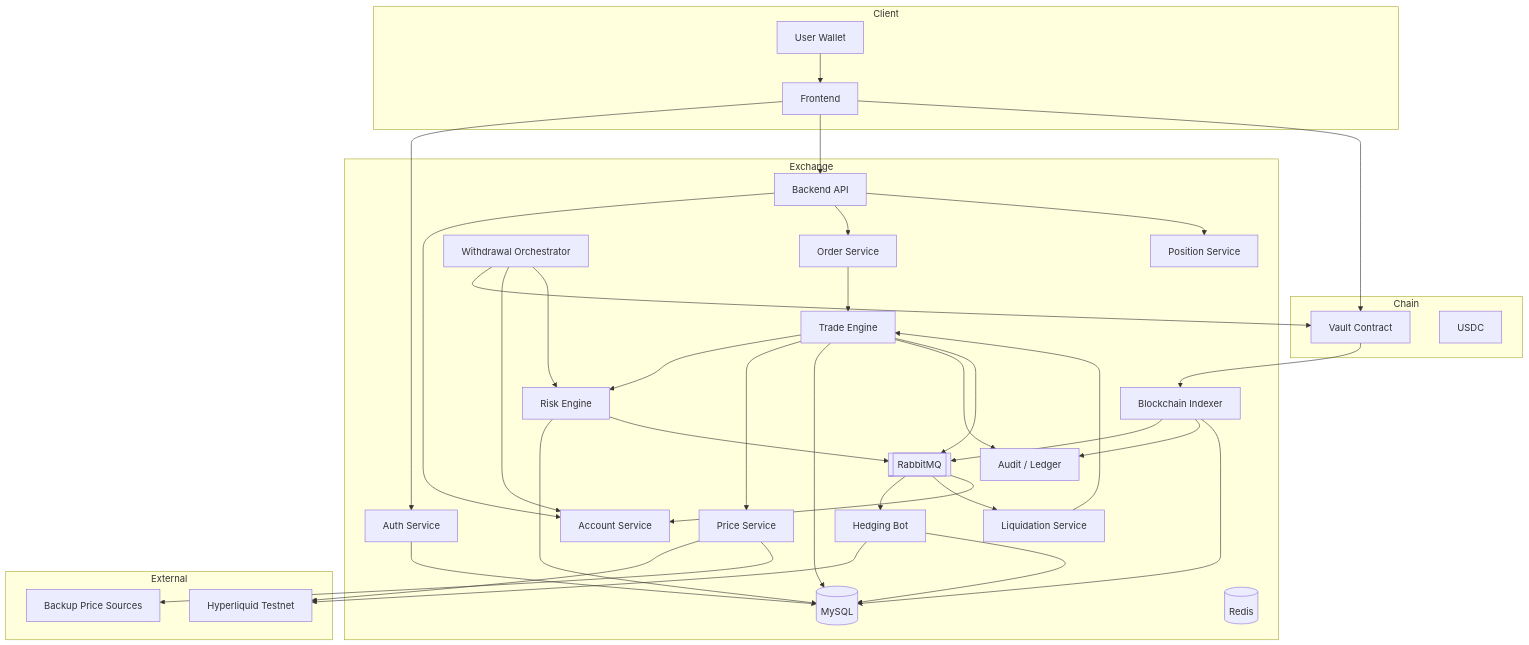
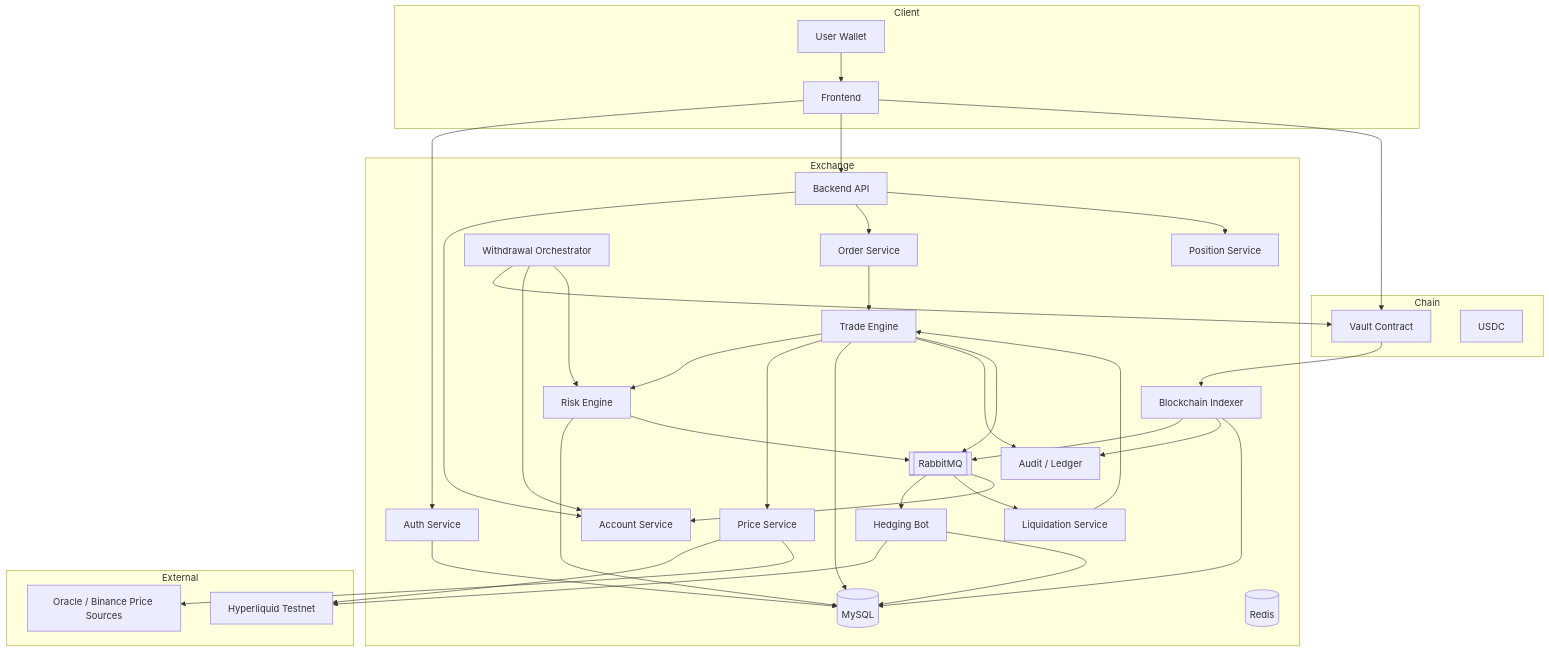
One commit to AboAuther/RGPerp changed the first of 8 diagrams in Architecture.md. Above: the diagram before and after it, drawn with Mermaid. The commit also changed other lines of this file and 18 other files, not shown here.

````diff
--- a/Architecture.md
+++ b/Architecture.md
@@ -16,76 +16,76 @@
 ```mermaid
 flowchart TD
     subgraph Client
         U[User Wallet]
         FE[Frontend]
     end
 
     subgraph Exchange
         API[Backend API]
         AUTH[Auth Service]
         ACC[Account Service]
         ORD[Order Service]
         POS[Position Service]
         ENG[Trade Engine]
         RISK[Risk Engine]
         LIQ[Liquidation Service]
         PRICE[Price Service]
         HEDGE[Hedging Bot]
         IDX[Blockchain Indexer]
         WD[Withdrawal Orchestrator]
         AUDIT[Audit / Ledger]
         MQ[[RabbitMQ]]
         DB[(MySQL)]
         REDIS[(Redis)]
     end
 
     subgraph Chain
         VAULT[Vault Contract]
         USDC[USDC]
     end
 
     subgraph External
         HL[Hyperliquid Testnet]
-        ORACLE[Backup Price Sources]
+        ORACLE[Oracle / Binance Price Sources]
     end
 
     U --> FE
     FE --> AUTH
     FE --> API
     FE --> VAULT
 
     AUTH --> DB
     API --> ACC
     API --> ORD
     API --> POS
 
     ORD --> ENG
     ENG --> RISK
     ENG --> PRICE
     ENG --> DB
     ENG --> AUDIT
     ENG --> MQ
 
     MQ --> HEDGE
     MQ --> LIQ
 
     RISK --> DB
     RISK --> MQ
     LIQ --> ENG
 
     VAULT --> IDX
     IDX --> MQ
     MQ --> ACC
     IDX --> AUDIT
     IDX --> DB
 
     WD --> VAULT
     WD --> ACC
     WD --> RISK
 
     HEDGE --> HL
     HEDGE --> DB
 
     PRICE --> HL
     PRICE --> ORACLE
 ```
````
